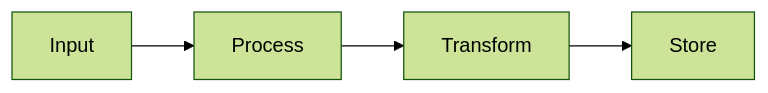
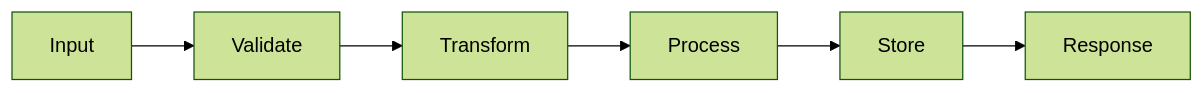
Before and after one commit to Jobaben/BmadWorkflow: the fourth of 4 diagrams in bmad/templates/architecture.template.md, drawn with Mermaid (forest theme). The commit also changed other lines of this file and 9 other files, not shown here.

````diff
--- a/bmad/templates/architecture.template.md
+++ b/bmad/templates/architecture.template.md
@@ -107,6 +156,8 @@
 ```mermaid
 flowchart LR
-    A[Input] --> B[Process]
+    A[Input] --> B[Validate]
     B --> C[Transform]
-    C --> D[Store]
+    C --> D[Process]
+    D --> E[Store]
+    E --> F[Response]
 ```
````
